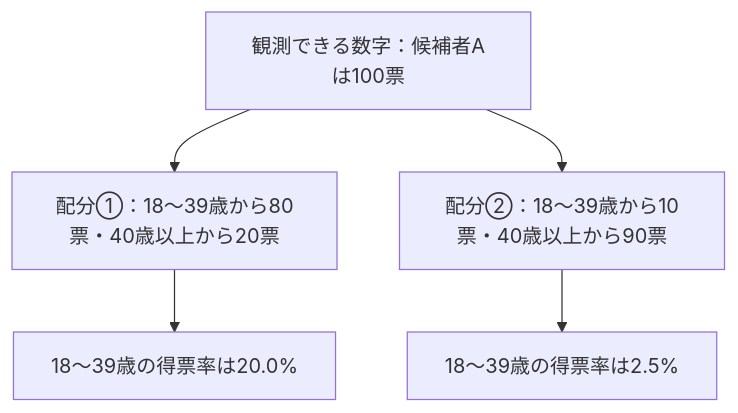
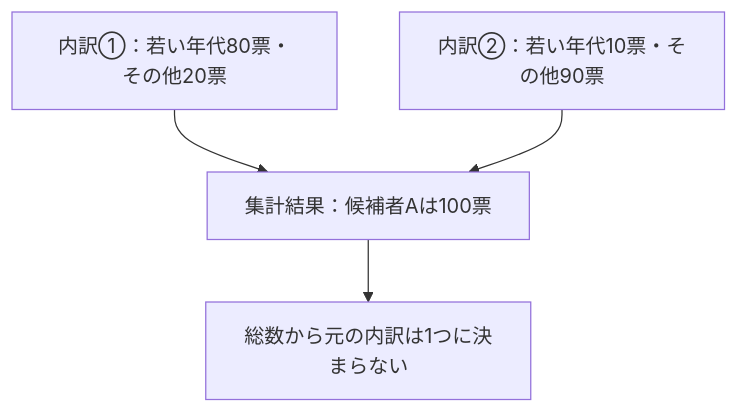
Before and after one commit to Osino-Niso/econ-data-lab: the diagram in articles/election-age-aggregate.md, drawn with Mermaid. The commit also changed other lines of this file, not shown here.

Commit message:
review: clarify aggregation diagram, probability bound and ecological inference limits

````diff
--- a/articles/election-age-aggregate.md
+++ b/articles/election-age-aggregate.md
@@ -76,8 +76,6 @@
 ```mermaid
 flowchart TD
-    T["観測できる数字：候補者Aは100票"]
-    T --> P["配分①：18〜39歳から80票・40歳以上から20票"]
-    T --> Q["配分②：18〜39歳から10票・40歳以上から90票"]
-    P --> R["18〜39歳の得票率は20.0%"]
-    Q --> S["18〜39歳の得票率は2.5%"]
+    P["内訳①：若い年代80票・その他20票"] --> T["集計結果：候補者Aは100票"]
+    Q["内訳②：若い年代10票・その他90票"] --> T
+    T --> U["総数から元の内訳は1つに決まらない"]
 ```
````
